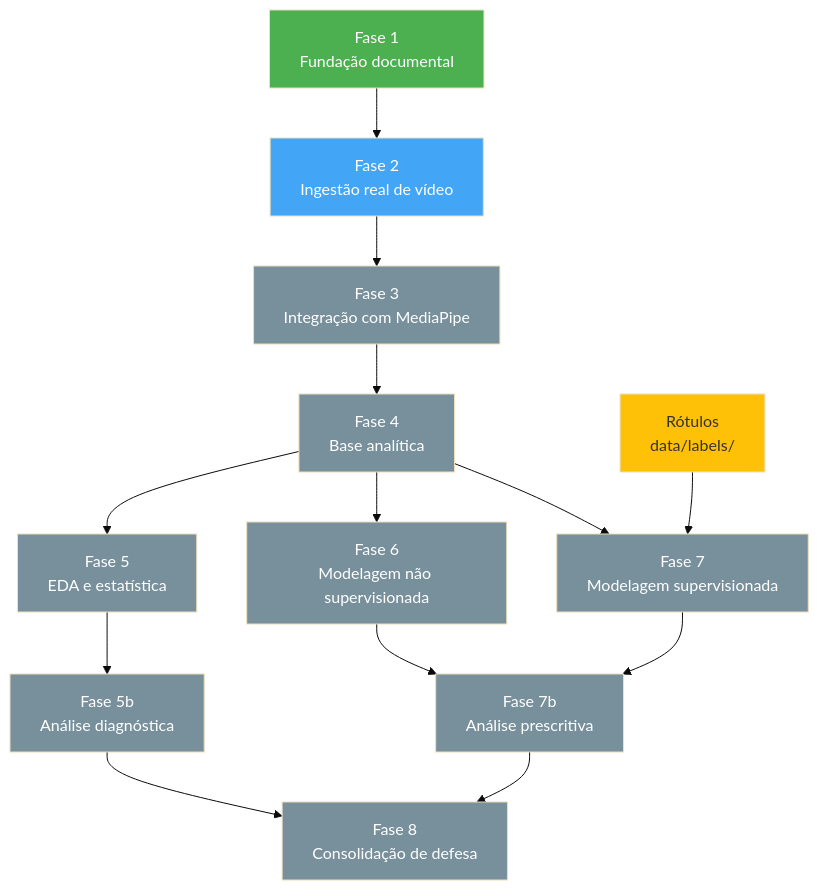
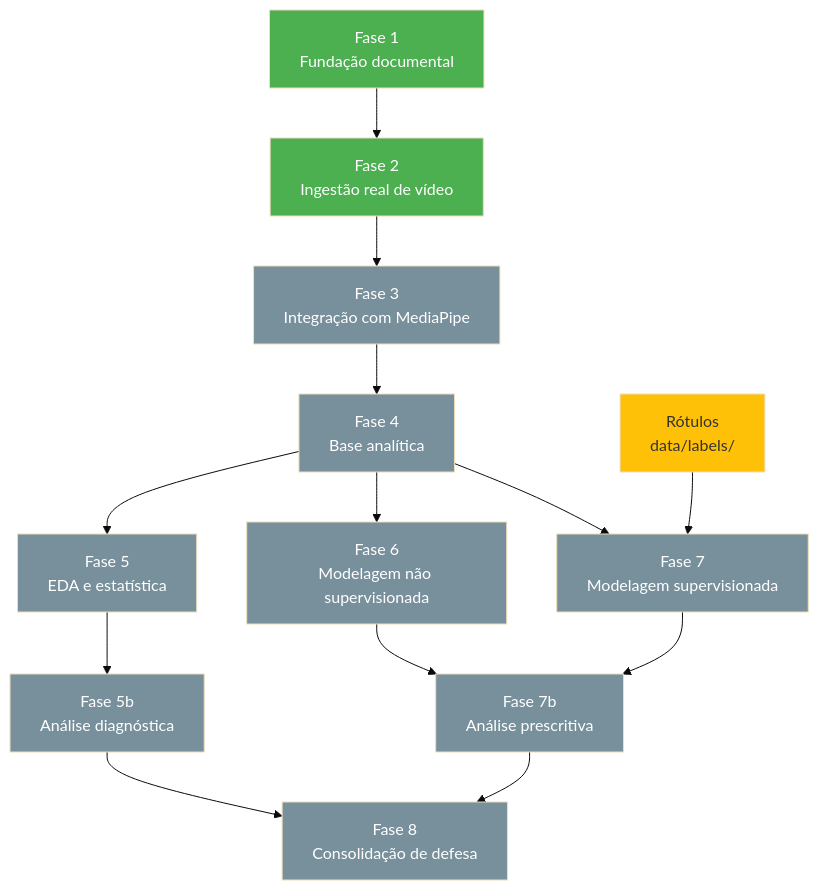
The second of 2 diagrams in docs/ROADMAP.md (especializacao-ia-pucsp/mediapipe-seguranca), drawn with Mermaid (base theme) before and after one commit. The commit also changed other lines of this file and 6 other files, not shown here.

````diff
--- a/docs/ROADMAP.md
+++ b/docs/ROADMAP.md
@@ -96,36 +95,36 @@
 ```mermaid
 flowchart TD
     F1["Fase 1<br/>Fundação documental"]
     F2["Fase 2<br/>Ingestão real de vídeo"]
     F3["Fase 3<br/>Integração com MediaPipe"]
     F4["Fase 4<br/>Base analítica"]
     F5["Fase 5<br/>EDA e estatística"]
     F5B["Fase 5b<br/>Análise diagnóstica"]
     F6["Fase 6<br/>Modelagem não supervisionada"]
     F7["Fase 7<br/>Modelagem supervisionada"]
     F7B["Fase 7b<br/>Análise prescritiva"]
     F8["Fase 8<br/>Consolidação de defesa"]
     ROT["Rótulos<br/>data/labels/"]
 
     F1 --> F2 --> F3 --> F4
     F4 --> F5 --> F5B
     F4 --> F6
     F4 --> F7
     ROT --> F7
     F5B --> F8
     F6 --> F7B
     F7 --> F7B
     F7B --> F8
 
     style F1 fill:#4CAF50,color:#fff
-    style F2 fill:#42A5F5,color:#fff
+    style F2 fill:#4CAF50,color:#fff
     style F3 fill:#78909C,color:#fff
     style F4 fill:#78909C,color:#fff
     style F5 fill:#78909C,color:#fff
     style F5B fill:#78909C,color:#fff
     style F6 fill:#78909C,color:#fff
     style F7 fill:#78909C,color:#fff
     style F7B fill:#78909C,color:#fff
     style F8 fill:#78909C,color:#fff
     style ROT fill:#FFC107,color:#333
 ```
````
